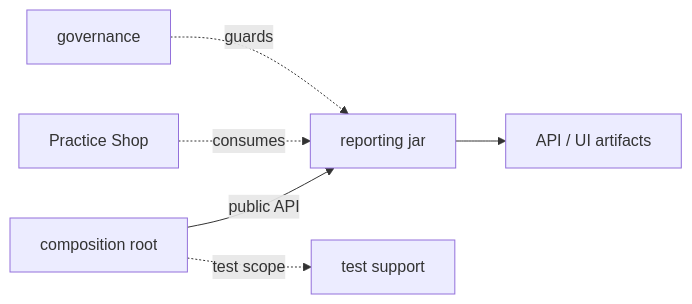
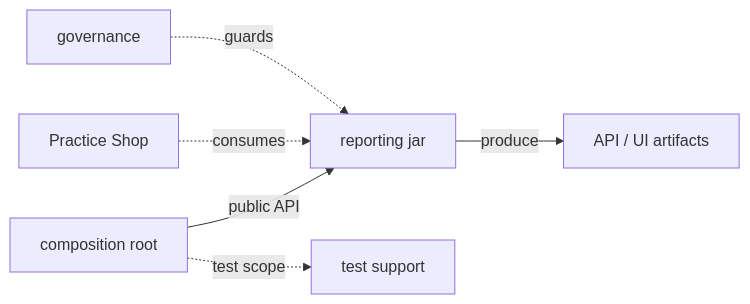
The first of 2 diagrams in atf-reporting-tests/README.md (crististefanita/demo2), drawn with Mermaid before and after one commit. The commit also changed other lines of this file and 102 other files, not shown here.

````diff
--- a/atf-reporting-tests/README.md
+++ b/atf-reporting-tests/README.md
@@ -12,8 +12,8 @@
 ```mermaid
 flowchart LR
     Composition[composition root] -->|public API| Reporting[reporting jar]
-    Reporting --> Reports[API / UI artifacts]
+    Reporting -->|produce| Reports[API / UI artifacts]
     Composition -. test scope .-> Support[test support]
     ShopTests[Practice Shop] -. consumes .-> Reporting
     AppTests[governance] -. guards .-> Reporting
 ```
````
